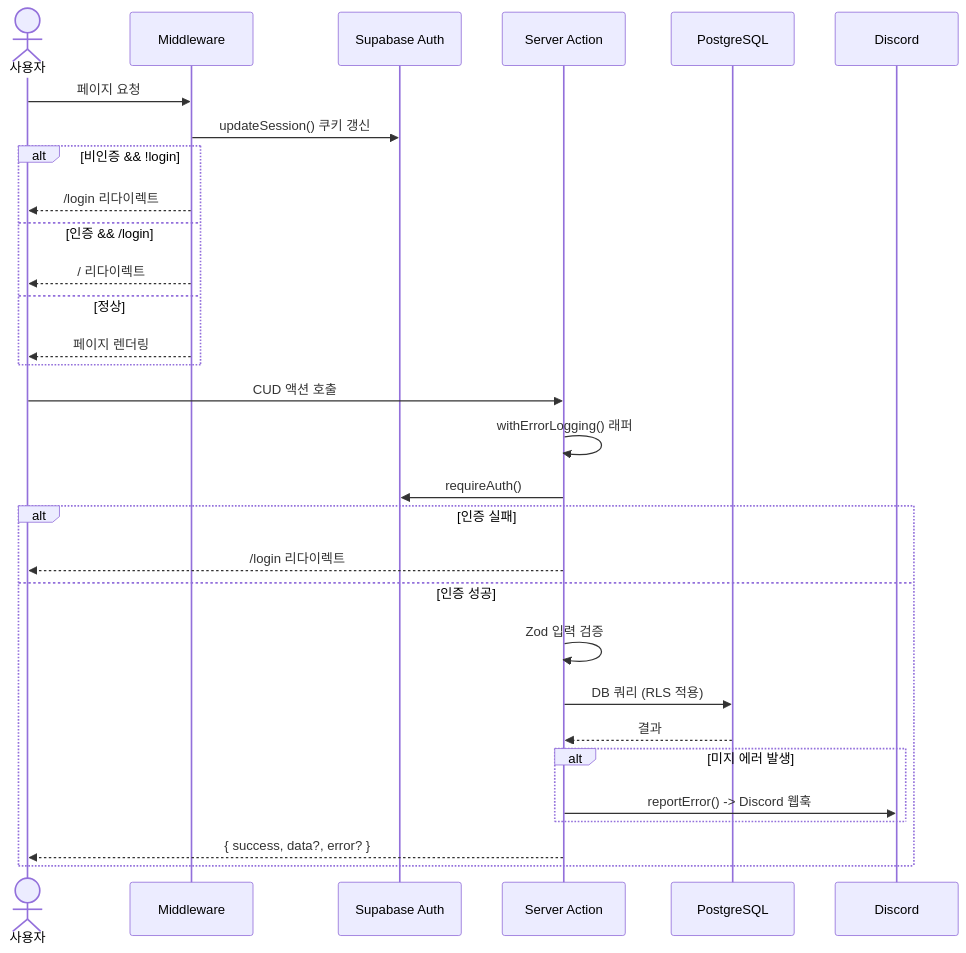
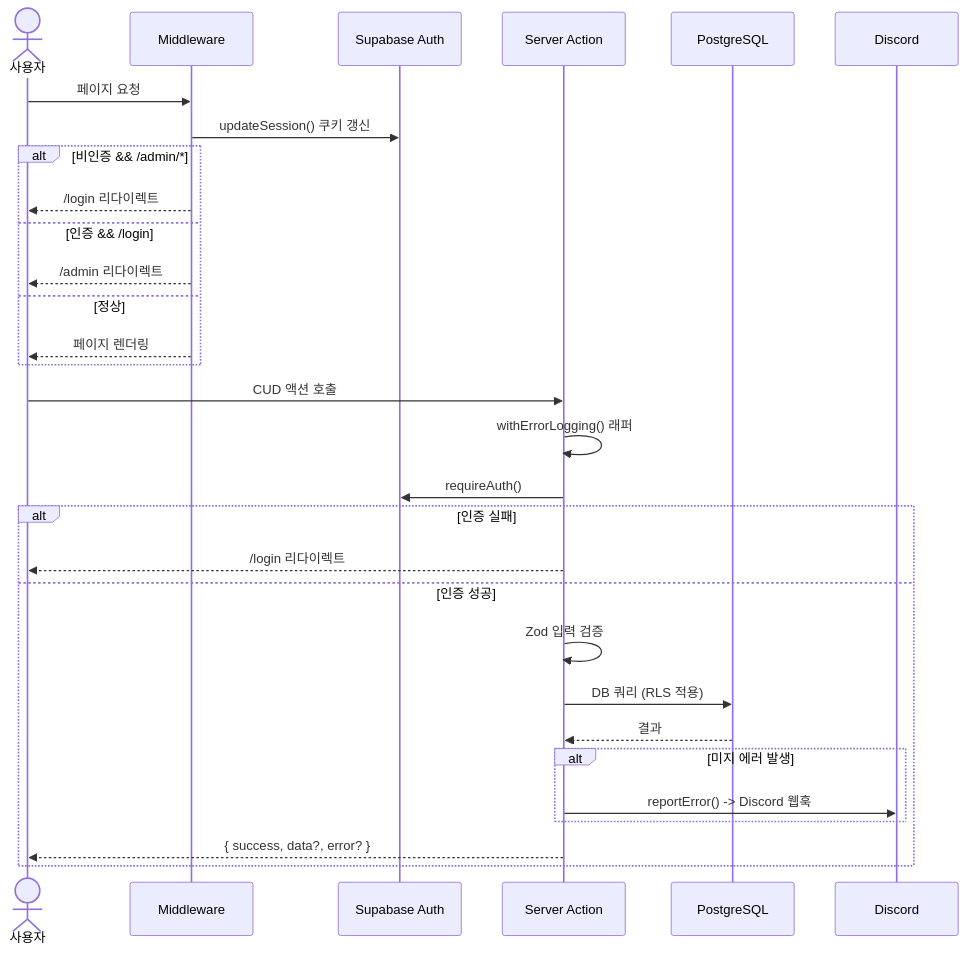
The second of 4 diagrams in docs/ARCHITECTURE.md (flori-ai-kr/web), drawn with Mermaid before and after one commit. The commit also changed other lines of this file and 606 other files, not shown here.

````diff
--- a/docs/ARCHITECTURE.md
+++ b/docs/ARCHITECTURE.md
@@ -264,34 +264,34 @@
 ```mermaid
 sequenceDiagram
     actor U as 사용자
     participant MW as Middleware
     participant AU as Supabase Auth
     participant SA as Server Action
     participant PG as PostgreSQL
     participant DC as Discord
 
     U->>MW: 페이지 요청
     MW->>AU: updateSession() 쿠키 갱신
-    alt 비인증 && !login
+    alt 비인증 && /admin/*
         MW-->>U: /login 리다이렉트
     else 인증 && /login
-        MW-->>U: / 리다이렉트
+        MW-->>U: /admin 리다이렉트
     else 정상
         MW-->>U: 페이지 렌더링
     end
 
     U->>SA: CUD 액션 호출
     SA->>SA: withErrorLogging() 래퍼
     SA->>AU: requireAuth()
     alt 인증 실패
         SA-->>U: /login 리다이렉트
     else 인증 성공
         SA->>SA: Zod 입력 검증
         SA->>PG: DB 쿼리 (RLS 적용)
         PG-->>SA: 결과
         alt 미지 에러 발생
             SA->>DC: reportError() -> Discord 웹훅
         end
         SA-->>U: { success, data?, error? }
     end
 ```
````
